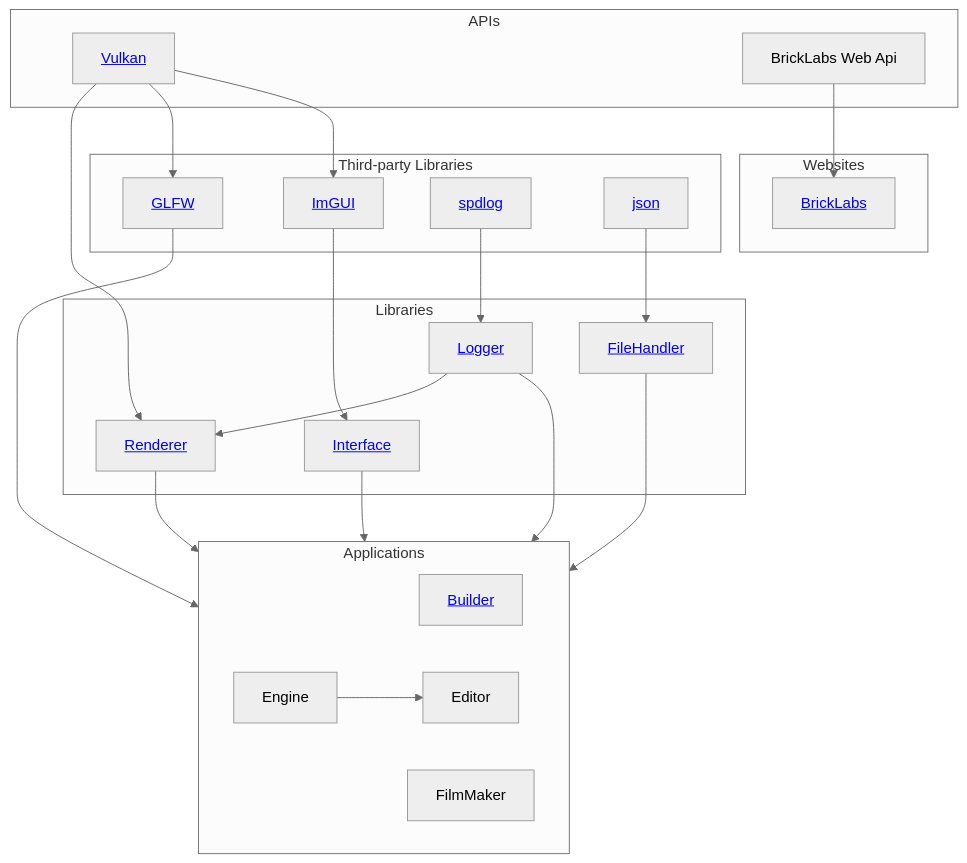
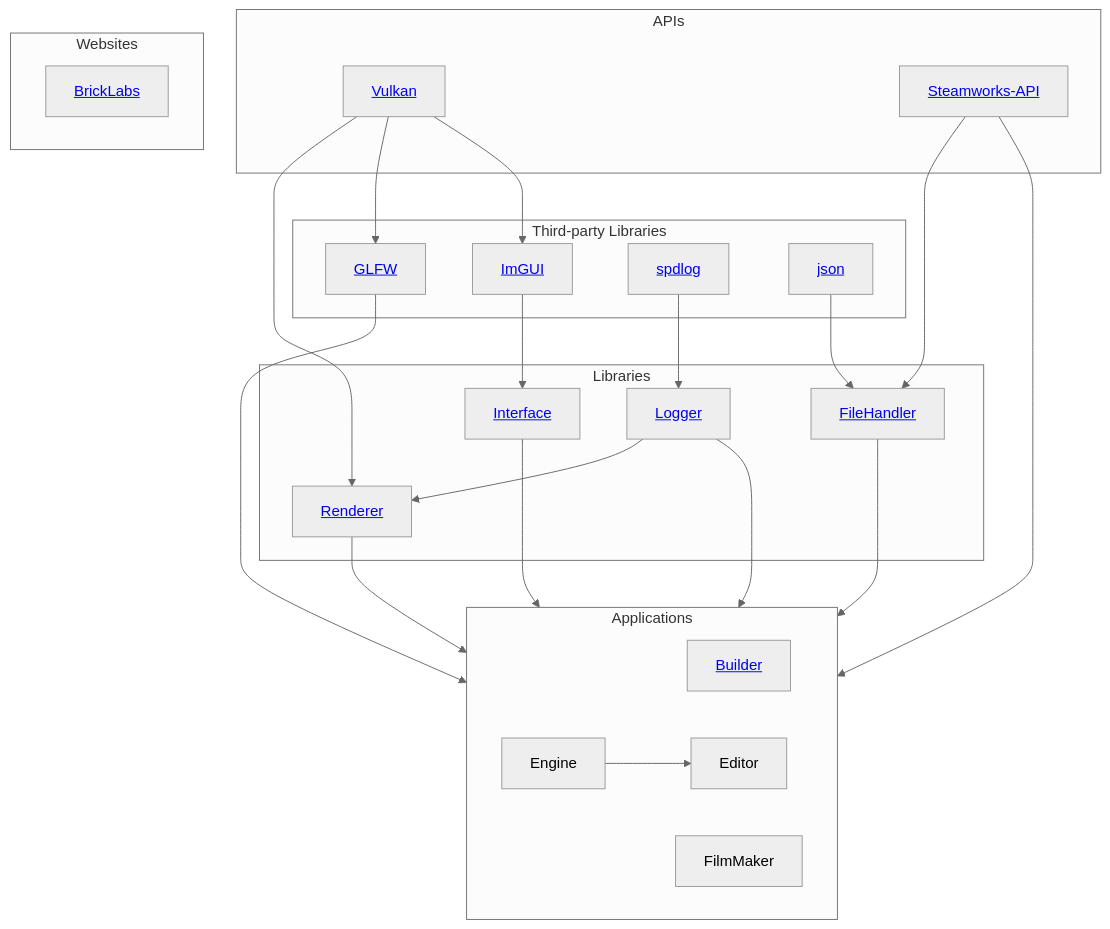
The diagram in profile/README.md (Brick-Labs/.github), drawn with Mermaid (neutral theme) before and after one commit.

Commit message:
Add Steamworks Api

````diff
--- a/profile/README.md
+++ b/profile/README.md
@@ -6,57 +6,58 @@
 ```mermaid
 graph TD
     
     subgraph APIs
         Vulkan[<a href="https://vulkan.org">Vulkan</a>]
-        BLAPI[<span>BrickLabs Web Api</span>]
+        SteamAPI[<a href="https://partner.steamgames.com/doc/sdk/api">Steamworks-API</a>]
     end
 
     subgraph Third-party Libraries
         GLFW[<a href="https://www.glfw.org">GLFW</a>]
         ImGUI[<a href="https://github.com/ocornut/imgui">ImGUI</a>]
         spdlog[<a href="https://github.com/gabime/spdlog">spdlog</a>]
         json[<a href="https://github.com/nlohmann/json">json</a>]
     end
 
     subgraph Libraries
         Renderer[<a href="https://github.com/Brick-Labs/Renderer">Renderer</a>]
         FileHandler[<a href="https://github.com/Brick-Labs/FileHandler">FileHandler</a>]
         Logger[<a href="https://github.com/Brick-Labs/Logger">Logger</a>]
         Interface[<a href="https://github.com/Brick-Labs/Interface">Interface</a>]
     end
 
     subgraph Applications
         Builder[<a href="https://github.com/Brick-Labs/Builder">Builder</a>]
         Engine
         Editor
         FilmMaker
     end
 
     subgraph Websites
         BrickLabsWeb[<a href="https://github.com/Brick-Labs/Website">BrickLabs</a>]
     end
 
     %% APIs to Libraries
     Vulkan --> Renderer
     Vulkan --> GLFW
     Vulkan --> ImGUI
-
-    %% APIs to Websites
-    BLAPI --> BrickLabsWeb
+    SteamAPI --> FileHandler
 
     %% Libraries to Libraries
     ImGUI --> Interface
     spdlog --> Logger
     Logger --> Renderer
     json --> FileHandler
 
     %% Librararies to Applications
     Renderer --> Applications
     GLFW --> Applications
     Interface --> Applications 
     FileHandler --> Applications
     Logger --> Applications
 
+    %% APIs to Applications
+    SteamAPI --> Applications
+
     %% Applications to Applications
     Engine --> Editor
 ```
````
